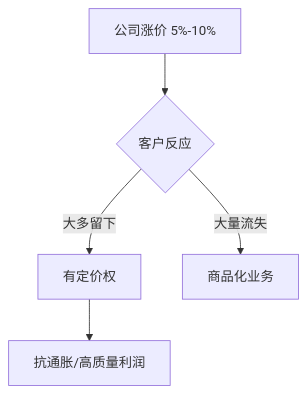
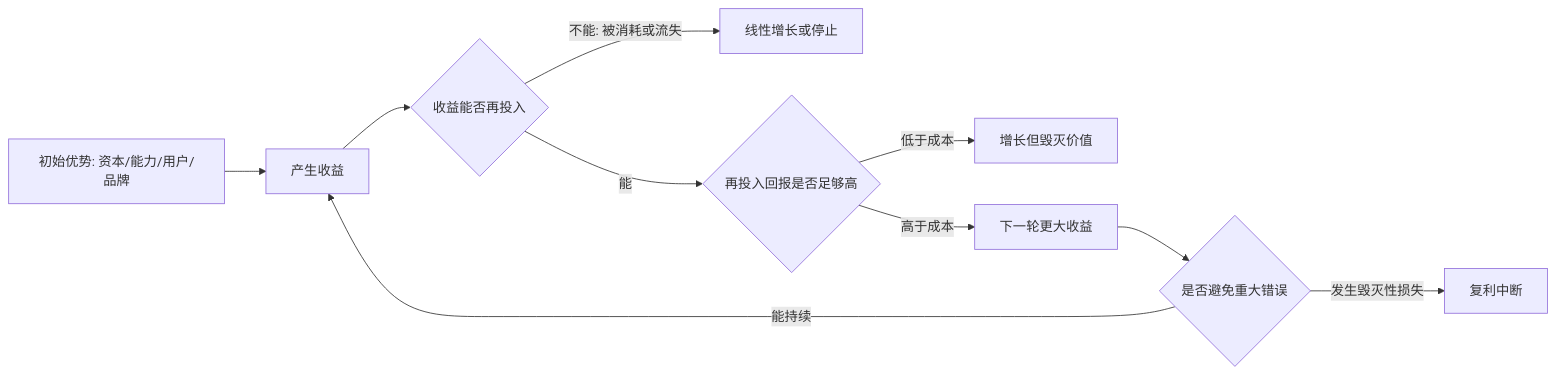
One commit to digoal/blog changed the diagram in 202605/20260519_13.md. Above: the diagram before and after it, drawn with Mermaid. The commit also changed other lines of this file and 51 other files, not shown here.

````diff
--- a/202605/20260519_13.md
+++ b/202605/20260519_13.md
@@ -22,7 +24,12 @@
 ```mermaid
-flowchart TD
-  A["公司涨价 5%-10%"] --> B{"客户反应"}
-  B -- "大多留下" --> C["有定价权"]
-  B -- "大量流失" --> D["商品化业务"]
-  C --> E["抗通胀/高质量利润"]
+flowchart LR
+  A["初始优势: 资本/能力/用户/品牌"] --> B["产生收益"]
+  B --> C{"收益能否再投入"}
+  C -- "不能: 被消耗或流失" --> X["线性增长或停止"]
+  C -- "能" --> D{"再投入回报是否足够高"}
+  D -- "低于成本" --> Y["增长但毁灭价值"]
+  D -- "高于成本" --> E["下一轮更大收益"]
+  E --> F{"是否避免重大错误"}
+  F -- "发生毁灭性损失" --> Z["复利中断"]
+  F -- "能持续" --> B
 ```
````
